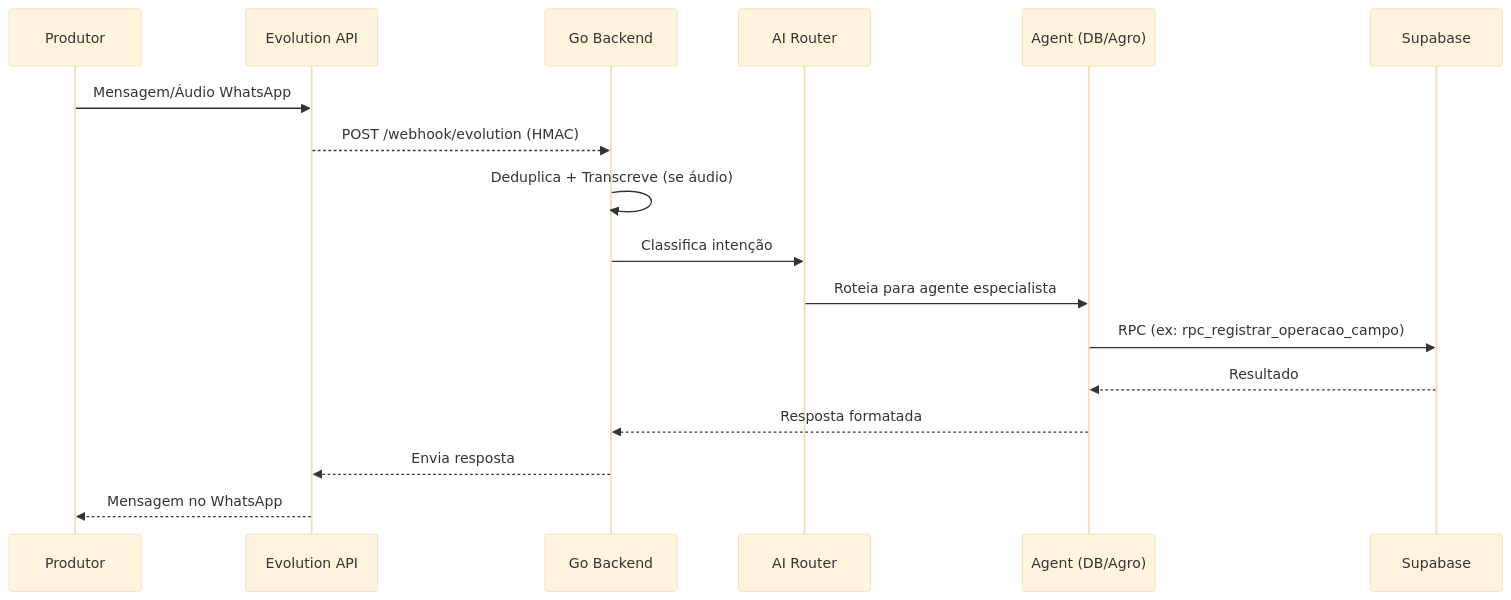
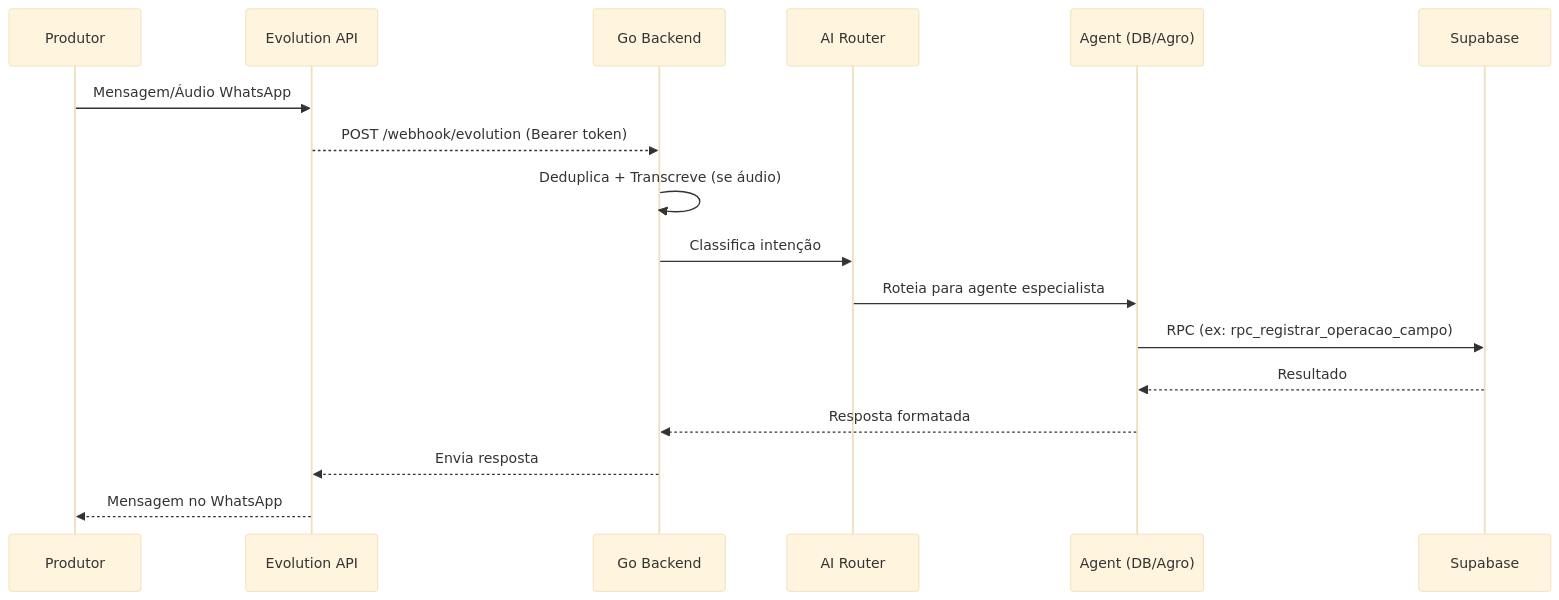
One commit to thebrunm97/manejo-org changed the second of 2 diagrams in README.md. Above: the diagram before and after it, drawn with Mermaid (base theme). The commit also changed other lines of this file, not shown here.

First line of the commit message:
docs(README): corrige descricao do webhook de HMAC para token compartilhado

````diff
--- a/README.md
+++ b/README.md
@@ -60,21 +60,21 @@
 ```mermaid
 sequenceDiagram
     participant P as Produtor
     participant W as WPPConnect
     participant W as Evolution API
     participant G as Go Backend
     participant R as AI Router
     participant A as Agent (DB/Agro)
     participant S as Supabase
 
     P->>W: Mensagem/Áudio WhatsApp
-    W-->>G: POST /webhook/evolution (HMAC)
+    W-->>G: POST /webhook/evolution (Bearer token)
     G->>G: Deduplica + Transcreve (se áudio)
     G->>R: Classifica intenção
     R->>A: Roteia para agente especialista
     A->>S: RPC (ex: rpc_registrar_operacao_campo)
     S-->>A: Resultado
     A-->>G: Resposta formatada
     G-->>W: Envia resposta
     W-->>P: Mensagem no WhatsApp
 ```
````
